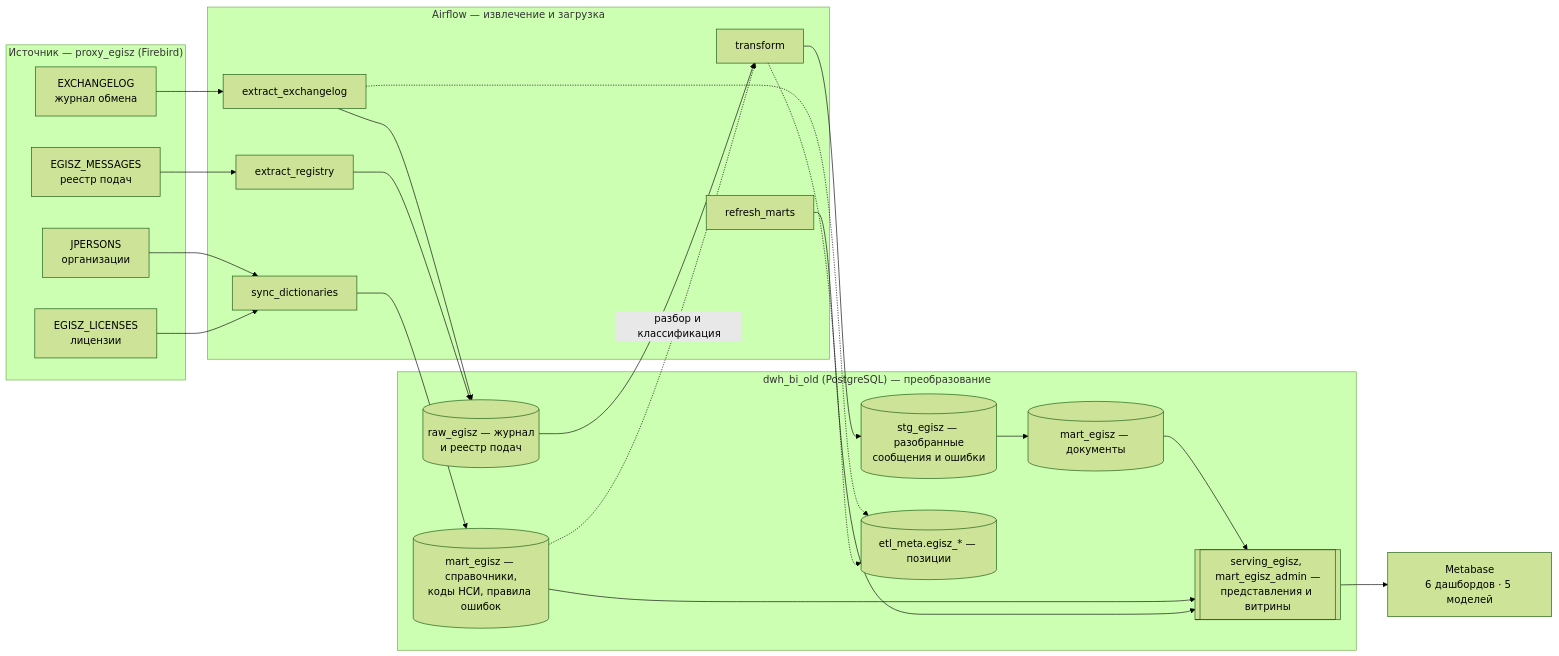
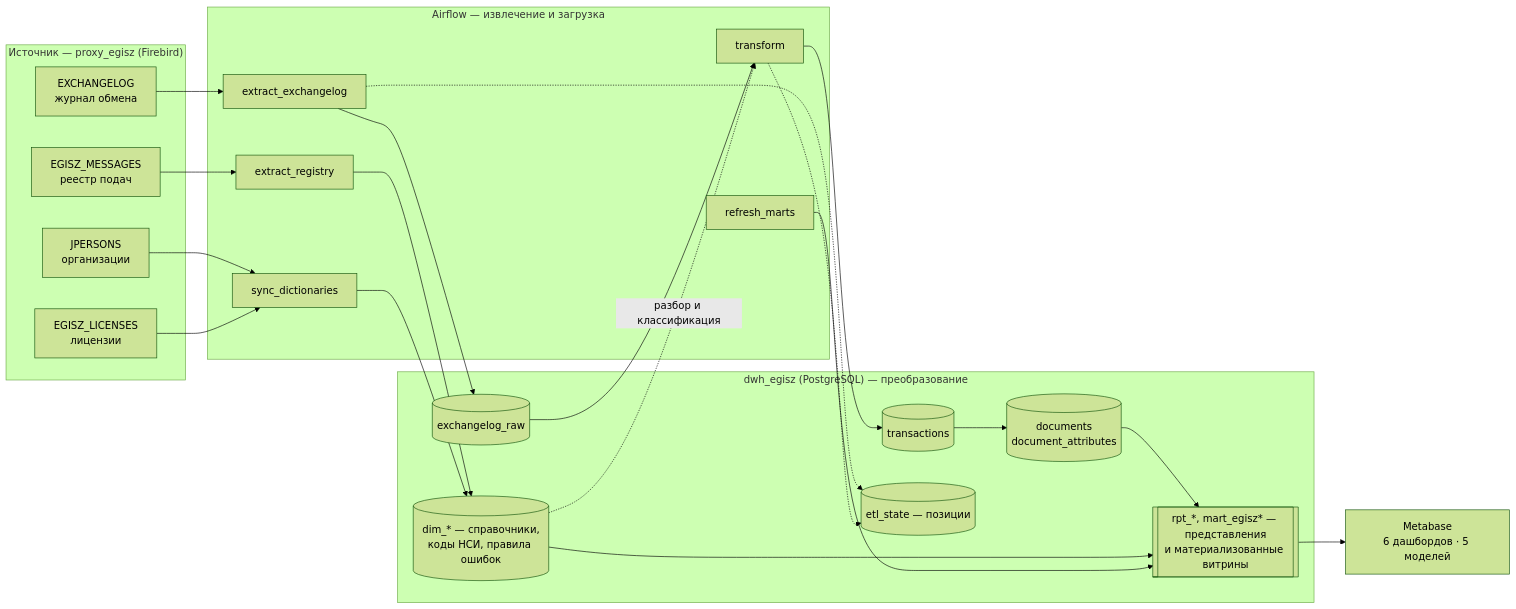
The second of 5 diagrams in README.md (asaf1n/EGISZ-Proxy-Reports-Airflow), drawn with Mermaid (forest theme) before and after one commit. The commit also changed other lines of this file and 46 other files, not shown here.

Commit message:
Вернуть состояние прода (ветка metabase_egisz, dwh_egisz): дашборды, модели и схема соответствуют текущей БД прода; шаблон секрета — БД прода, пароль из окружения; актуальные AGENTS.md и CLAUDE.md

````diff
--- a/README.md
+++ b/README.md
@@ -94,41 +94,41 @@
 ```mermaid
 flowchart LR
     subgraph SRC["Источник — proxy_egisz (Firebird)"]
         EL[EXCHANGELOG<br/>журнал обмена]
         EM[EGISZ_MESSAGES<br/>реестр подач]
         JP[JPERSONS<br/>организации]
         LIC[EGISZ_LICENSES<br/>лицензии]
     end
 
     subgraph AF["Airflow — извлечение и загрузка"]
         T1[extract_exchangelog]
         T2[extract_registry]
         T3[sync_dictionaries]
         T4[transform]
         T5[refresh_marts]
     end
 
-    subgraph DWH["dwh_bi_old (PostgreSQL) — преобразование"]
-        RAW[(raw_egisz — журнал<br/>и реестр подач)]
-        TX[(stg_egisz — разобранные<br/>сообщения и ошибки)]
-        DOC[(mart_egisz — документы)]
-        DIM[(mart_egisz — справочники,<br/>коды НСИ, правила ошибок)]
-        RPT[[serving_egisz, mart_egisz_admin —<br/>представления и витрины]]
-        ST[(etl_meta.egisz_* — позиции)]
+    subgraph DWH["dwh_egisz (PostgreSQL) — преобразование"]
+        RAW[(exchangelog_raw)]
+        TX[(transactions)]
+        DOC[(documents<br/>document_attributes)]
+        DIM[(dim_* — справочники,<br/>коды НСИ, правила ошибок)]
+        RPT[[rpt_*, mart_egisz* — представления<br/>и материализованные витрины]]
+        ST[(etl_state — позиции)]
     end
 
     MB[Metabase<br/>6 дашбордов · 5 моделей]
 
     EL --> T1 --> RAW
-    EM --> T2 --> RAW
+    EM --> T2 --> DIM
     JP --> T3 --> DIM
     LIC --> T3
     RAW --> T4 --> TX --> DOC
     DIM -. разбор и классификация .-> T4
     DOC --> RPT
     DIM --> RPT
     T5 --> RPT
     RPT --> MB
     T1 -.-> ST
     T4 -.-> ST
 ```
````
